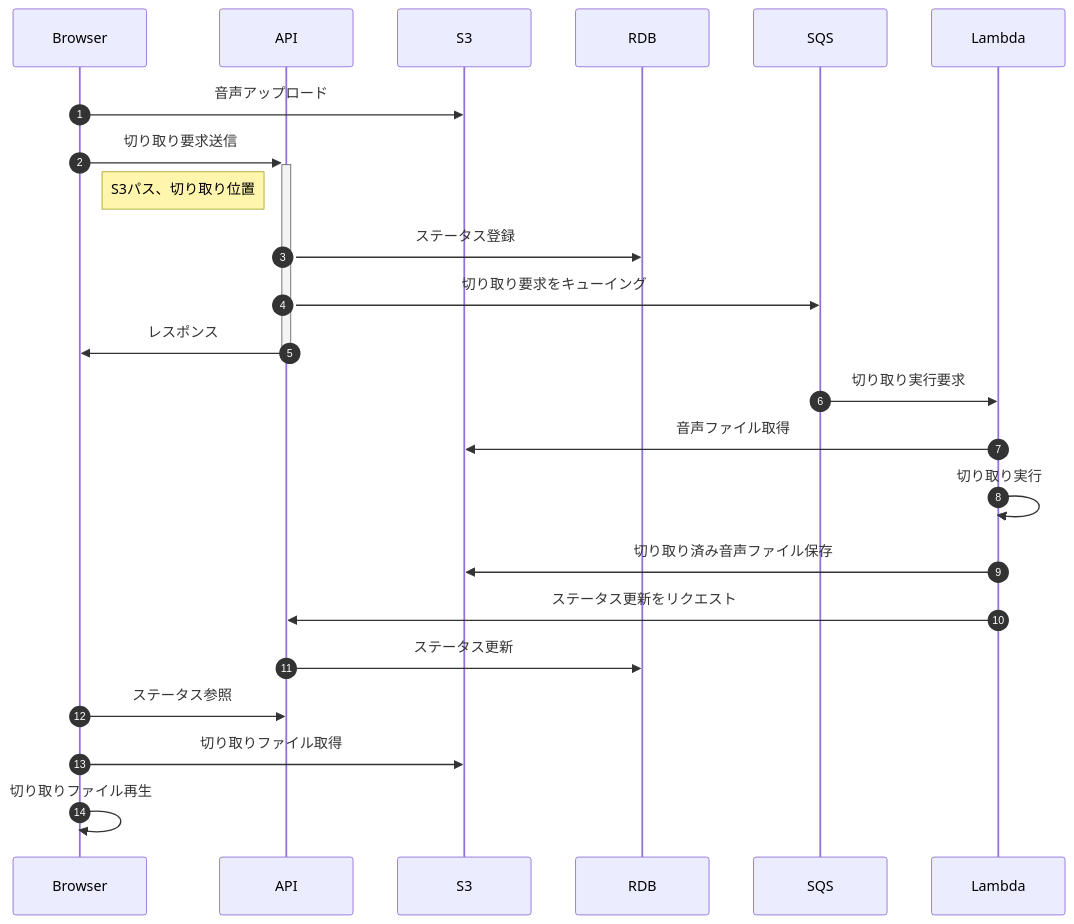
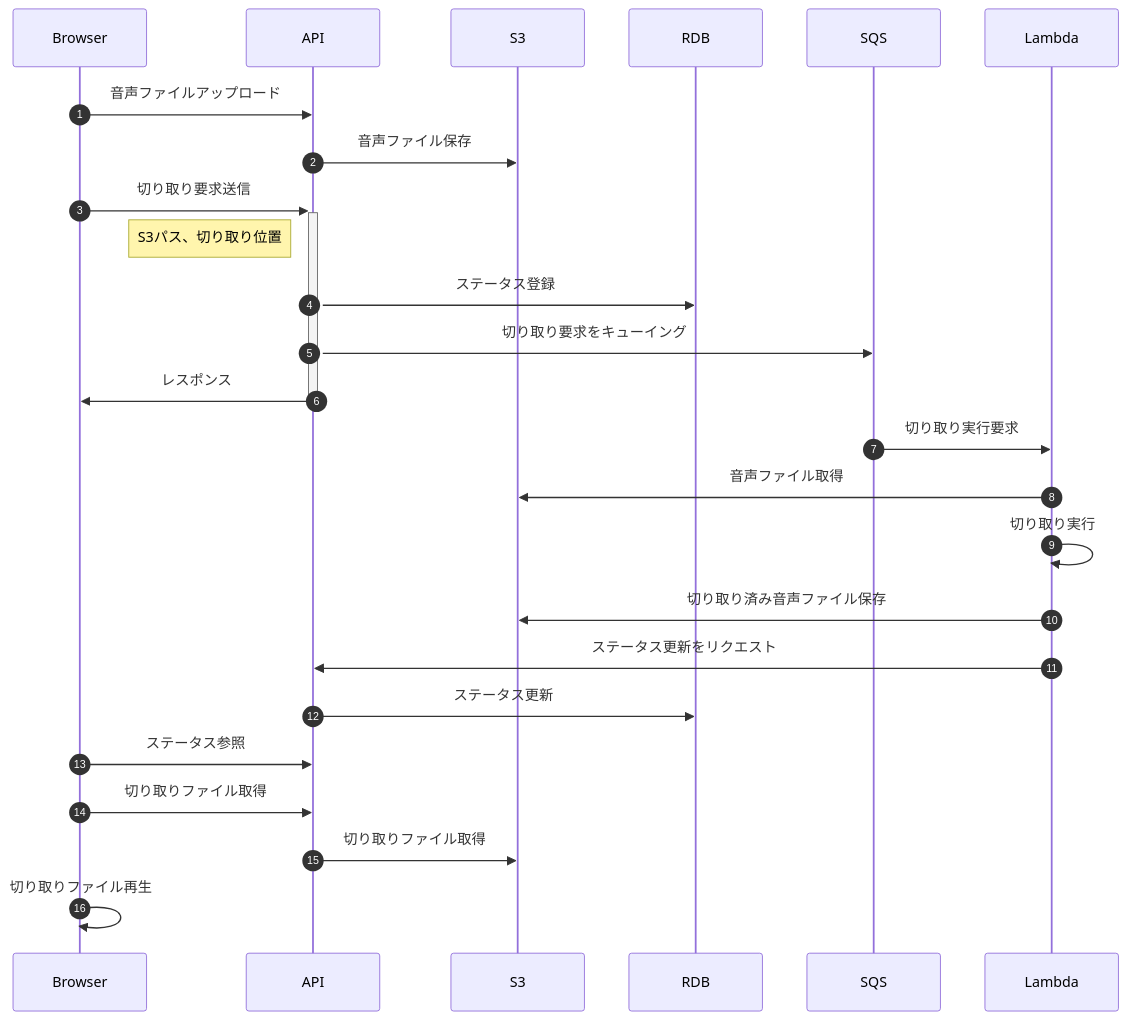
One commit to yuya-okada527/re-music changed the diagram in docs/designs/main_flow.md. Above: the diagram before and after it, drawn with Mermaid. The commit also changed other lines of this file, not shown here.

Commit message:
update sequence

````diff
--- a/docs/designs/main_flow.md
+++ b/docs/designs/main_flow.md
@@ -5,31 +5,33 @@
 ```mermaid
 sequenceDiagram
   autonumber
   participant Browser
   participant API
   participant S3
   participant RDB
   participant SQS
   participant Lambda
 
   # 切り取り要求
-  Browser ->> S3: 音声アップロード
+  Browser ->> API: 音声ファイルアップロード
+  API ->> S3: 音声ファイル保存
   Browser ->>+ API: 切り取り要求送信
   Note left of API: S3パス、切り取り位置
   API ->> RDB: ステータス登録
   API ->> SQS: 切り取り要求をキューイング
   API ->>- Browser: レスポンス
 
   # 切り取り実行
   SQS ->> Lambda: 切り取り実行要求
   Lambda ->> S3: 音声ファイル取得
   Lambda ->> Lambda: 切り取り実行
   Lambda ->> S3: 切り取り済み音声ファイル保存
   Lambda ->> API: ステータス更新をリクエスト
   API ->> RDB: ステータス更新
 
   # 切り取りファイル再生
   Browser ->> API: ステータス参照
-  Browser ->> S3: 切り取りファイル取得
+  Browser ->> API: 切り取りファイル取得
+  API ->> S3: 切り取りファイル取得
   Browser ->> Browser: 切り取りファイル再生
 ```
````
